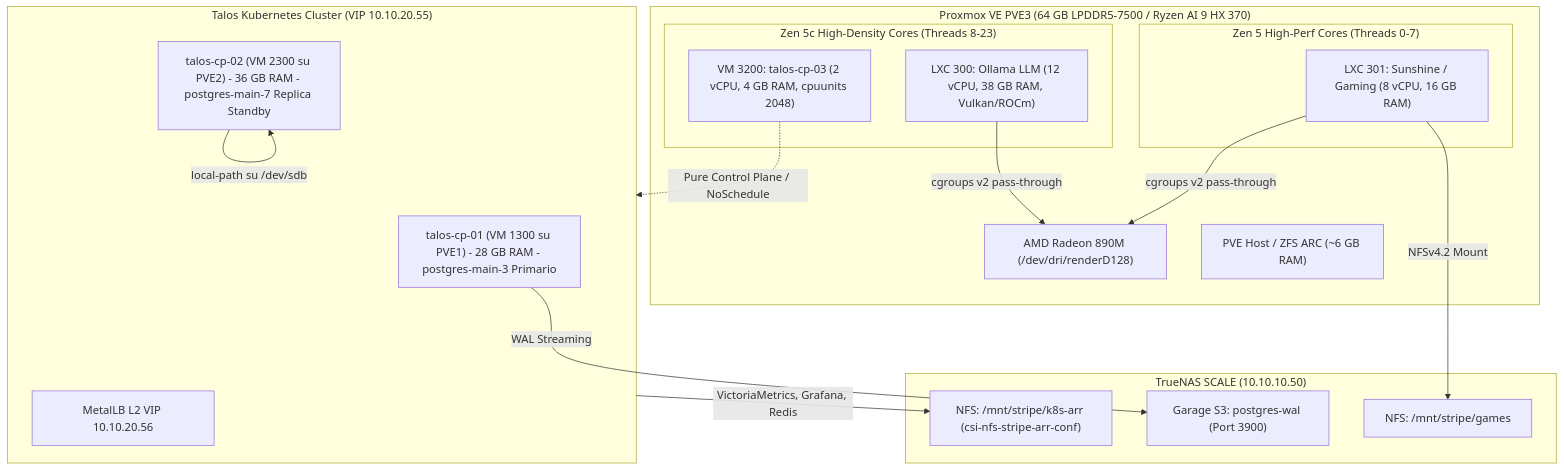
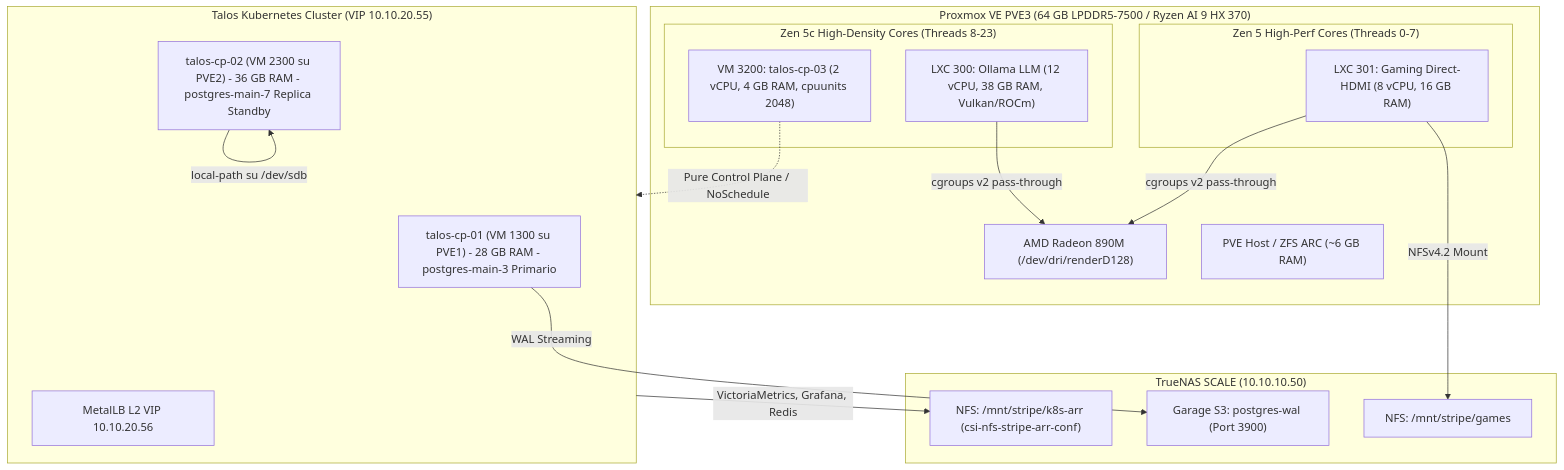
One commit to pindaroli/k8s-lab changed the diagram in wiki/plans/pve3-hybrid-controlplane-lxc-convergence.md. Above: the diagram before and after it, drawn with Mermaid. The commit also changed other lines of this file and 6 other files, not shown here.

````diff
--- a/wiki/plans/pve3-hybrid-controlplane-lxc-convergence.md
+++ b/wiki/plans/pve3-hybrid-controlplane-lxc-convergence.md
@@ -27,35 +28,35 @@
 ```mermaid
 graph TD
     subgraph PVE3_Hardware ["Proxmox VE PVE3 (64 GB LPDDR5-7500 / Ryzen AI 9 HX 370)"]
         subgraph Zen5_Cluster ["Zen 5 High-Perf Cores (Threads 0-7)"]
-            CT301["LXC 301: Sunshine / Gaming (8 vCPU, 16 GB RAM)"]
+            CT301["LXC 301: Gaming Direct-HDMI (8 vCPU, 16 GB RAM)"]
         end
         subgraph Zen5c_Cluster ["Zen 5c High-Density Cores (Threads 8-23)"]
             CT300["LXC 300: Ollama LLM (12 vCPU, 38 GB RAM, Vulkan/ROCm)"]
             VM3200["VM 3200: talos-cp-03 (2 vCPU, 4 GB RAM, cpuunits 2048)"]
         end
         iGPU["AMD Radeon 890M (/dev/dri/renderD128)"]
         HostOS["PVE Host / ZFS ARC (~6 GB RAM)"]
     end
 
     subgraph TrueNAS_Storage ["TrueNAS SCALE (10.10.10.50)"]
         NFS_Arr["NFS: /mnt/stripe/k8s-arr (csi-nfs-stripe-arr-conf)"]
         S3_Garage["Garage S3: postgres-wal (Port 3900)"]
         NFS_Games["NFS: /mnt/stripe/games"]
     end
 
     subgraph Kubernetes_Cluster ["Talos Kubernetes Cluster (VIP 10.10.20.55)"]
         CP01["talos-cp-01 (VM 1300 su PVE1) - 28 GB RAM - postgres-main-3 Primario"]
         CP02["talos-cp-02 (VM 2300 su PVE2) - 36 GB RAM - postgres-main-7 Replica Standby"]
         MetalLB["MetalLB L2 VIP 10.10.20.56"]
     end
 
     CT301 -->|cgroups v2 pass-through| iGPU
     CT300 -->|cgroups v2 pass-through| iGPU
     CT301 -->|NFSv4.2 Mount| NFS_Games
     VM3200 -.->|Pure Control Plane / NoSchedule| Kubernetes_Cluster
 
     CP02 -->|local-path su /dev/sdb| CP02
     Kubernetes_Cluster -->|VictoriaMetrics, Grafana, Redis| NFS_Arr
     CP01 -->|WAL Streaming| S3_Garage
 ```
````
